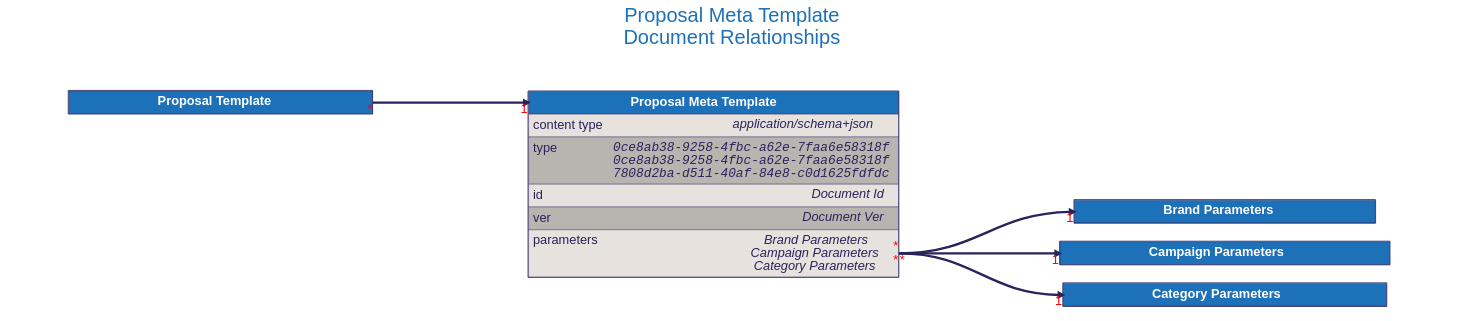
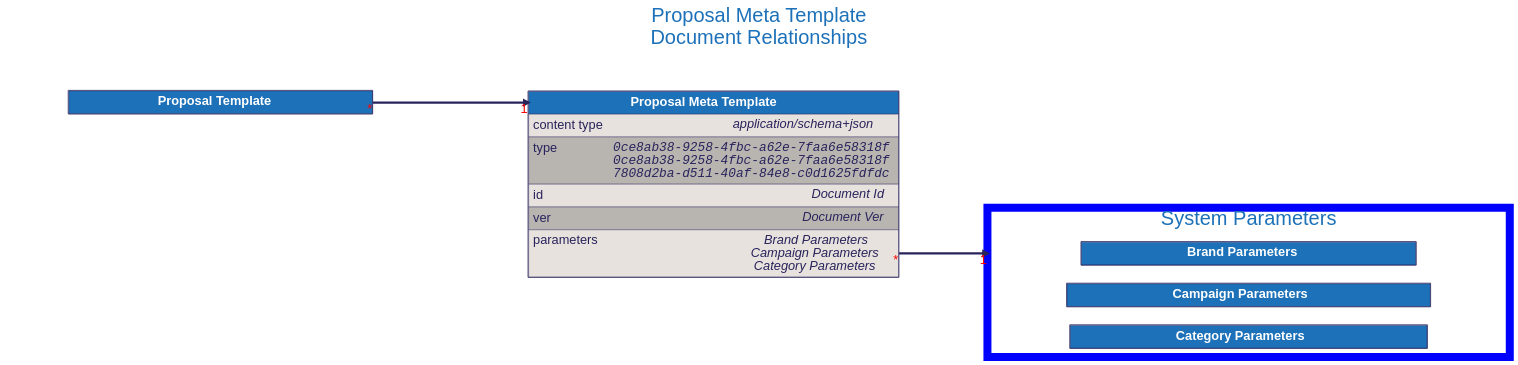
Before and after one commit to input-output-hk/catalyst-libs: the diagram in docs/src/architecture/08_concepts/signed_doc/diagrams/proposal_meta_template.dot, drawn with Graphviz. The commit also changed 17 other files, not shown here.

Commit message:
feat(docs): Add document clusters to help with autogenerated diagrams.

```diff
--- a/docs/src/architecture/08_concepts/signed_doc/diagrams/proposal_meta_template.dot
+++ b/docs/src/architecture/08_concepts/signed_doc/diagrams/proposal_meta_template.dot
@@ -1,143 +1,149 @@
 digraph "Proposal Meta Template" {
     rankdir="LR"
-        graph [fontname="helvetica", fontsize="32", fontcolor="#29235c", bgcolor="white"];
-        node [penwidth="0", margin="0", fontname="helvetica", fontsize="32", fontcolor="#29235c"];
-        edge [fontname="helvetica", fontsize="32", fontcolor="red", color="#29235c"];
+    graph [fontname="helvetica", fontsize="32", fontcolor="#29235c", bgcolor="white"];
+    node [penwidth="0", margin="0", fontname="helvetica", fontsize="32", fontcolor="#29235c"];
+    edge [fontname="helvetica", fontsize="32", fontcolor="red", color="#29235c"];
 
     labelloc="t"
     label="Proposal Meta Template
 Document Relationships"
     fontcolor="#1d71b8"
     fontsize=50
+    compound=true
 
 
-    "Brand Parameters" [
-        id="Brand Parameters";
-        label=<
-            <TABLE BORDER="2" COLOR="#29235c" CELLBORDER="1" CELLSPACING="0" CELLPADDING="10">
-            <TR>
-                <TD PORT="title" BGCOLOR="#1d71b8" HREF="../brand_parameters/">
-                    <FONT COLOR="#ffffff"><B> Brand Parameters </B></FONT>
-                </TD>
-            </TR>
 
-            </TABLE>
-        >
-    ];
+    subgraph cluster_system_parameters {
+        label = "System Parameters";
+        color=blue
+        penwidth=20
+
+        "Brand Parameters" [
+            id="Brand Parameters";
+            label=<
+                <TABLE BORDER="2" COLOR="#29235c" CELLBORDER="1" CELLSPACING="0" CELLPADDING="10">
+                <TR>
+                    <TD PORT="title" BGCOLOR="#1d71b8" HREF="../brand_parameters/">
+                        <FONT COLOR="#ffffff"><B> Brand Parameters </B></FONT>
+                    </TD>
+                </TR>
+
+                </TABLE>
+            >
+        ];
 
 
-    "Campaign Parameters" [
-        id="Campaign Parameters";
-        label=<
-            <TABLE BORDER="2" COLOR="#29235c" CELLBORDER="1" CELLSPACING="0" CELLPADDING="10">
-            <TR>
-                <TD PORT="title" BGCOLOR="#1d71b8" HREF="../campaign_parameters/">
-                    <FONT COLOR="#ffffff"><B> Campaign Parameters </B></FONT>
-                </TD>
-            </TR>
+        "Campaign Parameters" [
+            id="Campaign Parameters";
+            label=<
+                <TABLE BORDER="2" COLOR="#29235c" CELLBORDER="1" CELLSPACING="0" CELLPADDING="10">
+                <TR>
+                    <TD PORT="title" BGCOLOR="#1d71b8" HREF="../campaign_parameters/">
+                        <FONT COLOR="#ffffff"><B> Campaign Parameters </B></FONT>
+                    </TD>
+                </TR>
 
-            </TABLE>
-        >
-    ];
+                </TABLE>
+            >
+        ];
 
 
-    "Category Parameters" [
-        id="Category Parameters";
-        label=<
-            <TABLE BORDER="2" COLOR="#29235c" CELLBORDER="1" CELLSPACING="0" CELLPADDING="10">
-            <TR>
-                <TD PORT="title" BGCOLOR="#1d71b8" HREF="../category_parameters/">
-                    <FONT COLOR="#ffffff"><B> Category Parameters </B></FONT>
-                </TD>
-            </TR>
+        "Category Parameters" [
+            id="Category Parameters";
+            label=<
+                <TABLE BORDER="2" COLOR="#29235c" CELLBORDER="1" CELLSPACING="0" CELLPADDING="10">
+                <TR>
+                    <TD PORT="title" BGCOLOR="#1d71b8" HREF="../category_parameters/">
+                        <FONT COLOR="#ffffff"><B> Category Parameters </B></FONT>
+                    </TD>
+                </TR>
 
-            </TABLE>
-        >
-    ];
+                </TABLE>
+            >
+        ];
 
+    }
 
     "Proposal Meta Template" [
         id="Proposal Meta Template";
         label=<
             <TABLE BORDER="2" COLOR="#29235c" CELLBORDER="1" CELLSPACING="0" CELLPADDING="10">
             <TR>
                 <TD PORT="title" BGCOLOR="#1d71b8" HREF="../proposal_meta_template/">
                     <FONT COLOR="#ffffff"><B> Proposal Meta Template </B></FONT>
                 </TD>
             </TR>
             <TR>
                 <TD ALIGN="LEFT" PORT="content type" BGCOLOR="#e7e2dd">
                     <TABLE CELLPADDING="0" CELLSPACING="0" BORDER="0">
                         <TR>
                             <TD ALIGN="LEFT" VALIGN="TOP" WIDTH="200"><FONT>content type</FONT></TD>
                             <TD ALIGN="RIGHT"><FONT><I>application/schema+json</I></FONT></TD>
                         </TR>
                     </TABLE>
                 </TD>
             </TR>
             <TR>
                 <TD ALIGN="LEFT" PORT="type" BGCOLOR="#b8b5b0">
                     <TABLE CELLPADDING="0" CELLSPACING="0" BORDER="0">
                         <TR>
                             <TD ALIGN="LEFT" VALIGN="TOP" WIDTH="200"><FONT>type</FONT></TD>
                             <TD ALIGN="RIGHT"><FONT FACE="Courier"><I>0ce8ab38-9258-4fbc-a62e-7faa6e58318f<BR />0ce8ab38-9258-4fbc-a62e-7faa6e58318f<BR />7808d2ba-d511-40af-84e8-c0d1625fdfdc</I></FONT></TD>
                         </TR>
                     </TABLE>
                 </TD>
             </TR>
             <TR>
                 <TD ALIGN="LEFT" PORT="id" BGCOLOR="#e7e2dd">
                     <TABLE CELLPADDING="0" CELLSPACING="0" BORDER="0">
                         <TR>
                             <TD ALIGN="LEFT" VALIGN="TOP" WIDTH="200"><FONT>id</FONT></TD>
                             <TD ALIGN="RIGHT"><FONT><I>Document Id</I></FONT></TD>
                         </TR>
                     </TABLE>
                 </TD>
             </TR>
             <TR>
                 <TD ALIGN="LEFT" PORT="ver" BGCOLOR="#b8b5b0">
                     <TABLE CELLPADDING="0" CELLSPACING="0" BORDER="0">
                         <TR>
                             <TD ALIGN="LEFT" VALIGN="TOP" WIDTH="200"><FONT>ver</FONT></TD>
                             <TD ALIGN="RIGHT"><FONT><I>Document Ver</I></FONT></TD>
                         </TR>
                     </TABLE>
                 </TD>
             </TR>
             <TR>
                 <TD ALIGN="LEFT" PORT="parameters" BGCOLOR="#e7e2dd">
                     <TABLE CELLPADDING="0" CELLSPACING="0" BORDER="0">
                         <TR>
                             <TD ALIGN="LEFT" VALIGN="TOP" WIDTH="200"><FONT>parameters</FONT></TD>
                             <TD ALIGN="RIGHT"><FONT><I>Brand Parameters<BR />Campaign Parameters<BR />Category Parameters</I></FONT></TD>
                         </TR>
                     </TABLE>
                 </TD>
             </TR>
 
             </TABLE>
         >
     ];
 
 
     "Proposal Template" [
         id="Proposal Template";
         label=<
             <TABLE BORDER="2" COLOR="#29235c" CELLBORDER="1" CELLSPACING="0" CELLPADDING="10">
             <TR>
-                <TD PORT="title" BGCOLOR="#1d71b8" HREF="../proposal_template/">
+                <TD PORT="title" BGCOLOR="#1d71b8" HREF="../proposal_meta_template/">
                     <FONT COLOR="#ffffff"><B> Proposal Template </B></FONT>
                 </TD>
             </TR>
 
             </TABLE>
         >
     ];
 
 
-    "Proposal Meta Template":"parameters":e -> "Brand Parameters":"title":w [dir=forward, penwidth=6, color="#29235c", headlabel="1", taillabel="*"]
-    "Proposal Meta Template":"parameters":e -> "Campaign Parameters":"title":w [dir=forward, penwidth=6, color="#29235c", headlabel="1", taillabel="*"]
-    "Proposal Meta Template":"parameters":e -> "Category Parameters":"title":w [dir=forward, penwidth=6, color="#29235c", headlabel="1", taillabel="*"]
+    "Proposal Meta Template":"parameters":e -> "Brand Parameters" [dir=forward, penwidth=6, color="#29235c", headlabel="1", taillabel="*", lhead="cluster_system_parameters"]
     "Proposal Template":"title":e -> "Proposal Meta Template":"title":w [dir=forward, penwidth=6, color="#29235c", headlabel="1", taillabel="*"]
 }
```
